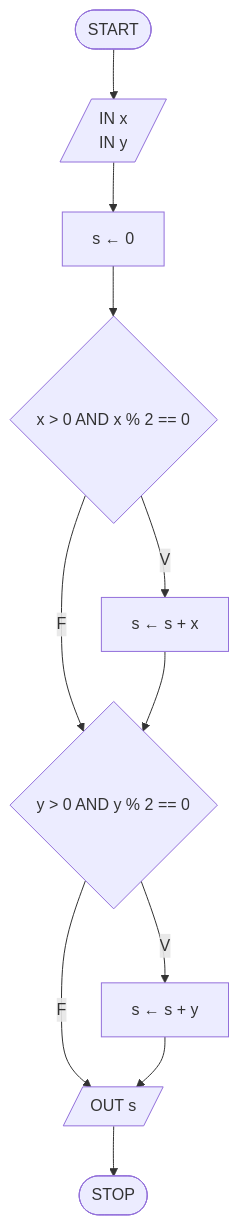
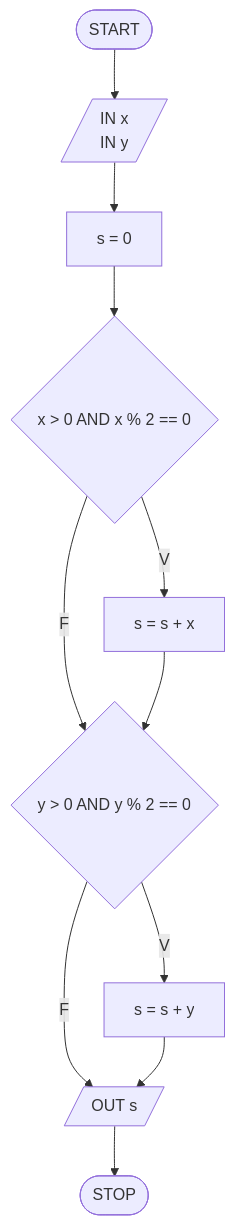
Before and after one commit to pg-laboratorio/flowcharts_laboratorio_esercizi: diagram 14 of 28 in flowcharts_soluzioni.md, drawn with Mermaid. The commit also changed other lines of this file, not shown here.

````diff
--- a/flowcharts_soluzioni.md
+++ b/flowcharts_soluzioni.md
@@ -326,13 +326,13 @@
 ```mermaid
 graph TD
     START([START]) --> INPUT[/"IN x<br>IN y"/]
-    INPUT --> INIT["s ← 0"]
+    INPUT --> INIT["s = 0"]
     INIT --> CX{"x > 0 AND x % 2 == 0"}
-    CX -- V --> AX["s ← s + x"]
+    CX -- V --> AX["s = s + x"]
     CX -- F --> CY{"y > 0 AND y % 2 == 0"}
     AX --> CY
-    CY -- V --> AY["s ← s + y"]
+    CY -- V --> AY["s = s + y"]
     CY -- F --> OUTPUT[/"OUT s"/]
     AY --> OUTPUT
     OUTPUT --> STOP([STOP])
 ```
````
